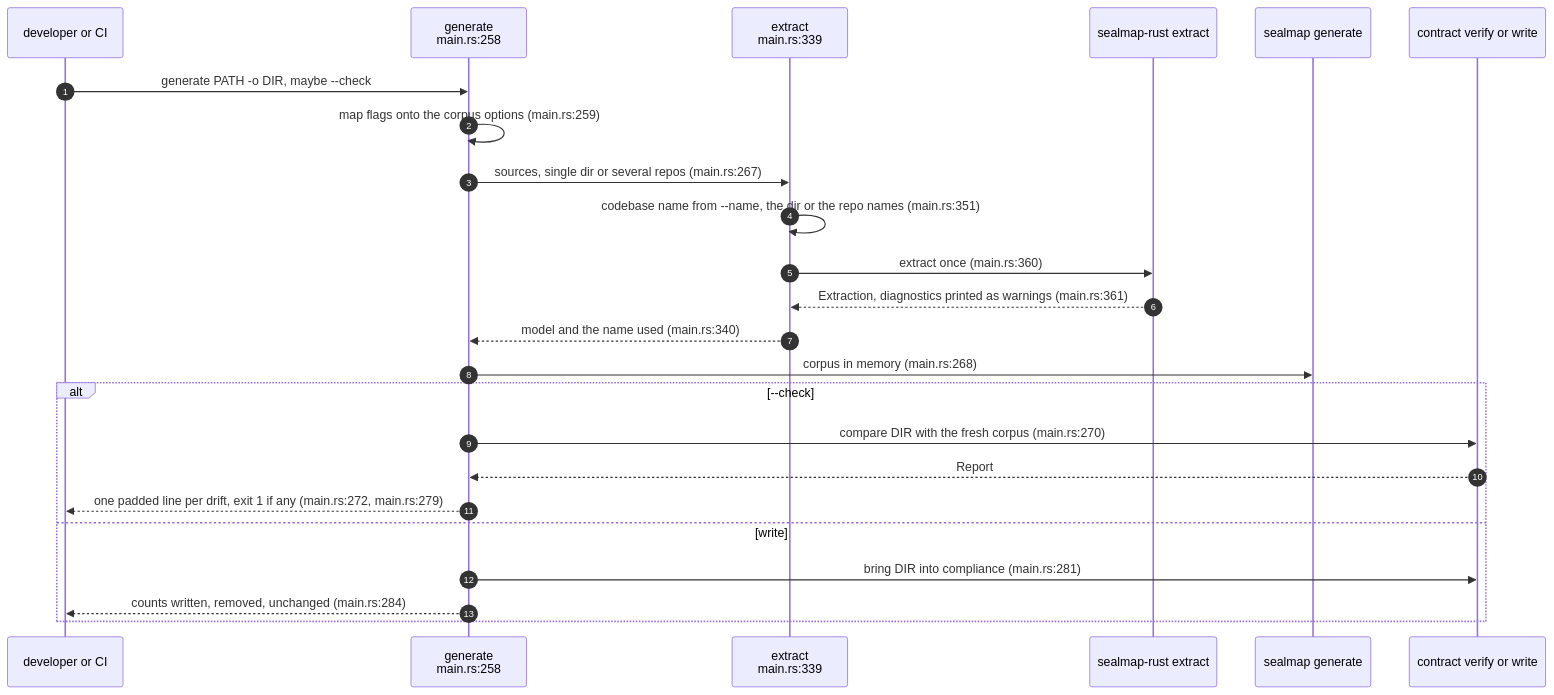
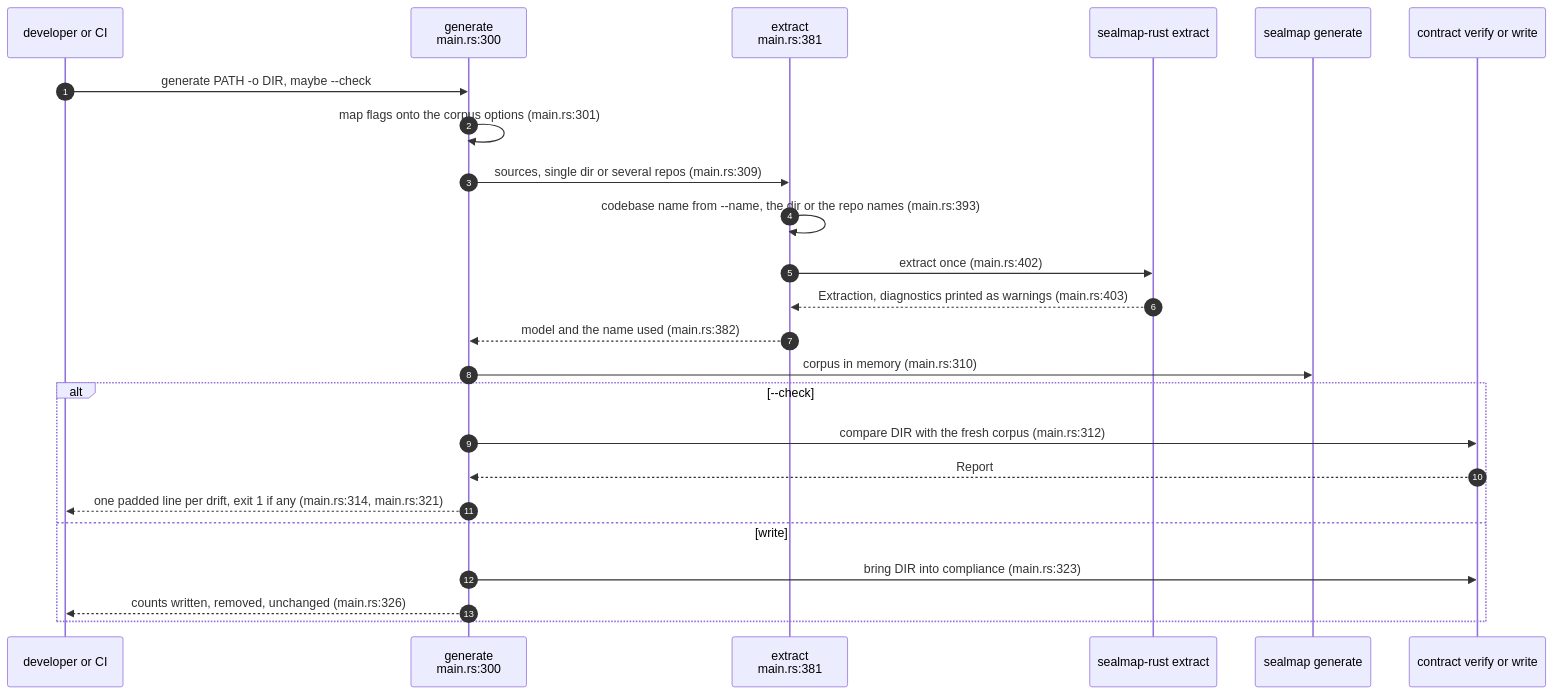
The first of 5 diagrams in docs/diagrams/corpus/03-generate-check-write-and-the-cli.md (DreamLab-AI/codemaid), drawn with Mermaid before and after one commit. The commit also changed other lines of this file and 23 other files, not shown here.

````diff
--- a/docs/diagrams/corpus/03-generate-check-write-and-the-cli.md
+++ b/docs/diagrams/corpus/03-generate-check-write-and-the-cli.md
@@ -51,26 +51,26 @@
 ```mermaid
 sequenceDiagram
     autonumber
     participant US as developer or CI
-    participant GE as generate<br/>main.rs:258
-    participant EX as extract<br/>main.rs:339
+    participant GE as generate<br/>main.rs:300
+    participant EX as extract<br/>main.rs:381
     participant AD as sealmap-rust extract
     participant PR as sealmap generate
     participant CT as contract verify or write
     US->>GE: generate PATH -o DIR, maybe --check
-    GE->>GE: map flags onto the corpus options (main.rs:259)
-    GE->>EX: sources, single dir or several repos (main.rs:267)
-    EX->>EX: codebase name from --name, the dir or the repo names (main.rs:351)
-    EX->>AD: extract once (main.rs:360)
-    AD-->>EX: Extraction, diagnostics printed as warnings (main.rs:361)
-    EX-->>GE: model and the name used (main.rs:340)
-    GE->>PR: corpus in memory (main.rs:268)
+    GE->>GE: map flags onto the corpus options (main.rs:301)
+    GE->>EX: sources, single dir or several repos (main.rs:309)
+    EX->>EX: codebase name from --name, the dir or the repo names (main.rs:393)
+    EX->>AD: extract once (main.rs:402)
+    AD-->>EX: Extraction, diagnostics printed as warnings (main.rs:403)
+    EX-->>GE: model and the name used (main.rs:382)
+    GE->>PR: corpus in memory (main.rs:310)
     alt --check
-        GE->>CT: compare DIR with the fresh corpus (main.rs:270)
+        GE->>CT: compare DIR with the fresh corpus (main.rs:312)
         CT-->>GE: Report
-        GE-->>US: one padded line per drift, exit 1 if any (main.rs:272, main.rs:279)
+        GE-->>US: one padded line per drift, exit 1 if any (main.rs:314, main.rs:321)
     else write
-        GE->>CT: bring DIR into compliance (main.rs:281)
-        GE-->>US: counts written, removed, unchanged (main.rs:284)
+        GE->>CT: bring DIR into compliance (main.rs:323)
+        GE-->>US: counts written, removed, unchanged (main.rs:326)
     end
 ```
````
